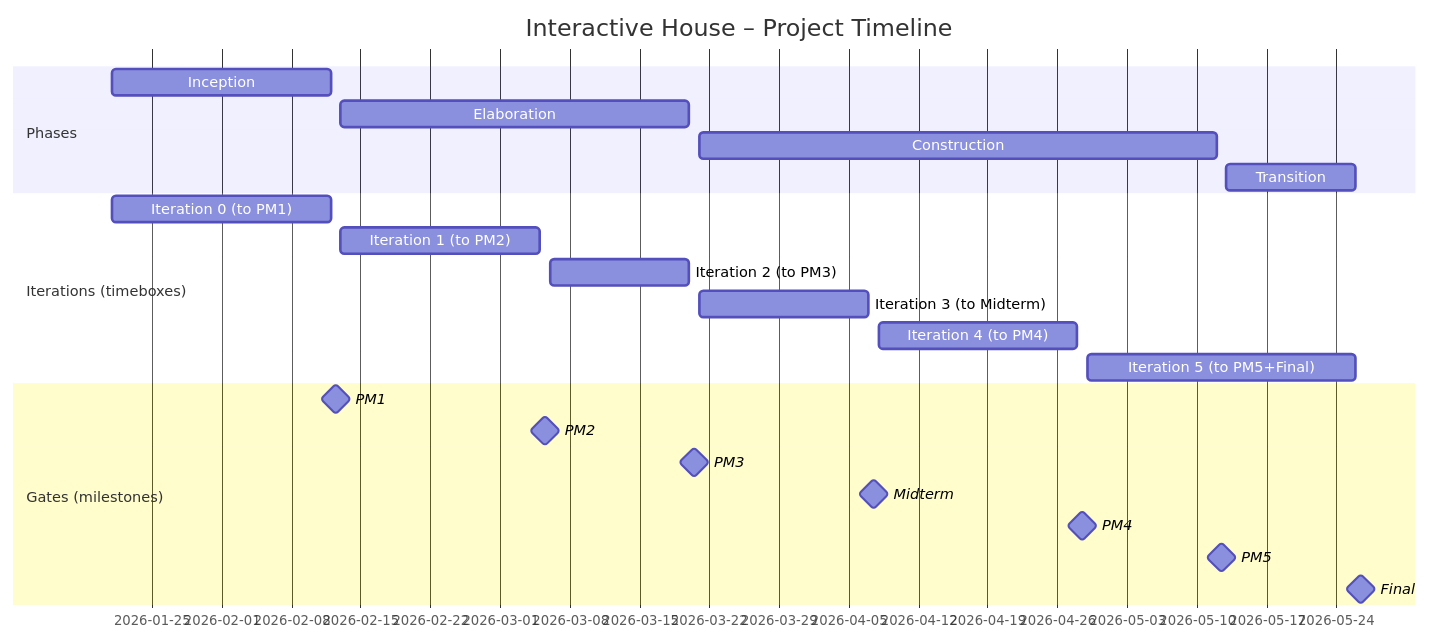
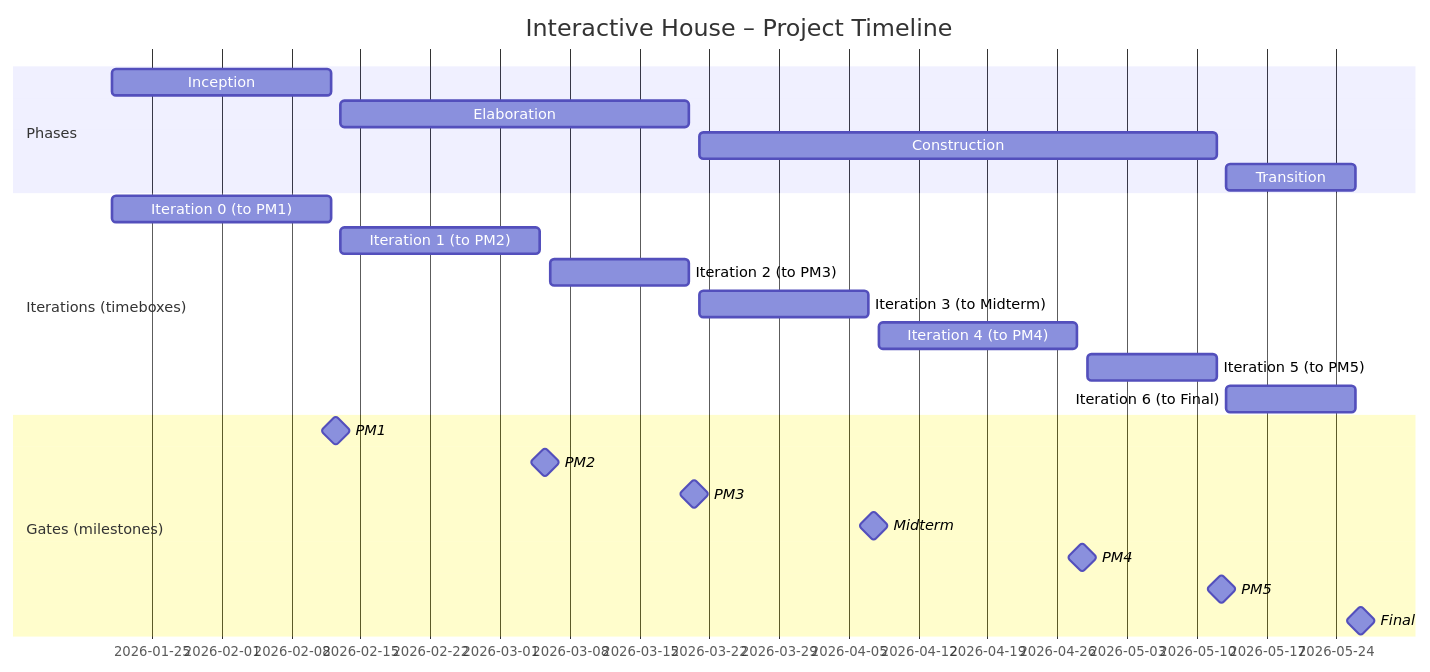
One commit to interactive-house-hkr/.github changed the diagram in profile/README.md. Above: the diagram before and after it, drawn with Mermaid.

Commit message:
Update project timeline in README.md

````diff
--- a/profile/README.md
+++ b/profile/README.md
@@ -4,28 +4,29 @@
 ```mermaid
 gantt
-    title Interactive House – Project Timeline
-    dateFormat  YYYY-MM-DD
+title Interactive House – Project Timeline
+dateFormat  YYYY-MM-DD
 
-    section Phases
-    Inception        :2026-01-21, 2026-02-12
-    Elaboration      :2026-02-13, 2026-03-20
-    Construction     :2026-03-21, 2026-05-12
-    Transition       :2026-05-13, 2026-05-26
+section Phases
+Inception        :2026-01-21, 2026-02-12
+Elaboration      :2026-02-13, 2026-03-20
+Construction     :2026-03-21, 2026-05-12
+Transition       :2026-05-13, 2026-05-26
 
-    section Iterations (timeboxes)
-    Iteration 0 (to PM1)        :2026-01-21, 2026-02-12
-    Iteration 1 (to PM2)        :2026-02-13, 2026-03-05
-    Iteration 2 (to PM3)        :2026-03-06, 2026-03-20
-    Iteration 3 (to Midterm)    :2026-03-21, 2026-04-07
-    Iteration 4 (to PM4)        :2026-04-08, 2026-04-28
-    Iteration 5 (to PM5+Final)  :2026-04-29, 2026-05-26
+section Iterations (timeboxes)
+Iteration 0 (to PM1)        :2026-01-21, 2026-02-12
+Iteration 1 (to PM2)        :2026-02-13, 2026-03-05
+Iteration 2 (to PM3)        :2026-03-06, 2026-03-20
+Iteration 3 (to Midterm)    :2026-03-21, 2026-04-07
+Iteration 4 (to PM4)        :2026-04-08, 2026-04-28
+Iteration 5 (to PM5)        :2026-04-29, 2026-05-12
+Iteration 6 (to Final)      :2026-05-13, 2026-05-26
 
-    section Gates (milestones)
-    PM1                :milestone, 2026-02-12, 1d
-    PM2                :milestone, 2026-03-05, 1d
-    PM3                :milestone, 2026-03-20, 1d
-    Midterm            :milestone, 2026-04-07, 1d
-    PM4                :milestone, 2026-04-28, 1d
-    PM5                :milestone, 2026-05-12, 1d
-    Final              :milestone, 2026-05-26, 1d
- ```
+section Gates (milestones)
+PM1                :milestone, 2026-02-12, 1d
+PM2                :milestone, 2026-03-05, 1d
+PM3                :milestone, 2026-03-20, 1d
+Midterm            :milestone, 2026-04-07, 1d
+PM4                :milestone, 2026-04-28, 1d
+PM5                :milestone, 2026-05-12, 1d
+Final              :milestone, 2026-05-26, 1d
+```
````
